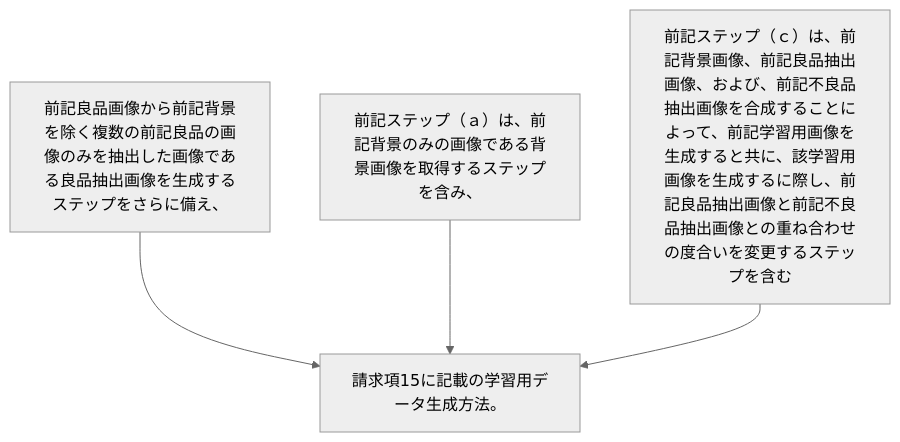
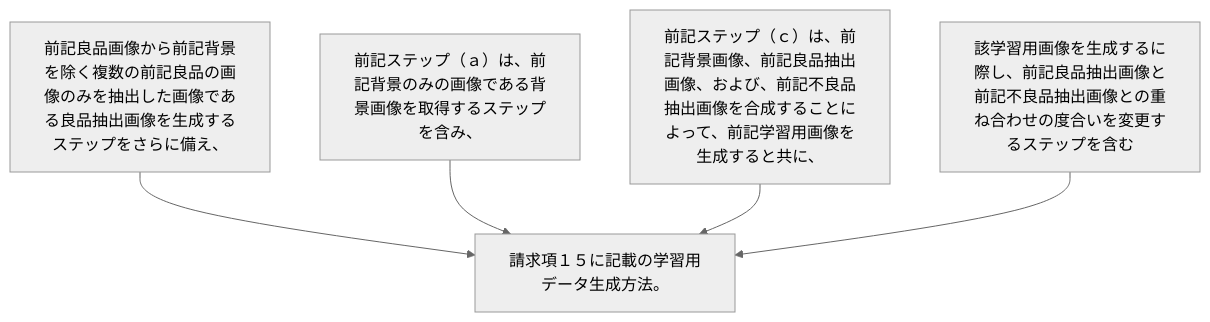
One commit to shinmori55/patent_analyzed changed the diagram in 2024/JP2024000284A/claim_17/README.md. Above: the diagram before and after it, drawn with Mermaid (neutral theme). The commit also changed 19 other files, not shown here.

````diff
--- a/2024/JP2024000284A/claim_17/README.md
+++ b/2024/JP2024000284A/claim_17/README.md
@@ -5,10 +5,12 @@
 ```mermaid
 flowchart TD
 A[前記良品画像から前記背景を除く複数の前記良品の画像のみを抽出した画像である良品抽出画像を生成するステップをさらに備え、]
 B[前記ステップ（ａ）は、前記背景のみの画像である背景画像を取得するステップを含み、]
-C[前記ステップ（ｃ）は、前記背景画像、前記良品抽出画像、および、前記不良品抽出画像を合成することによって、前記学習用画像を生成すると共に、該学習用画像を生成するに際し、前記良品抽出画像と前記不良品抽出画像との重ね合わせの度合いを変更するステップを含む]
-D[請求項15に記載の学習用データ生成方法。]
-A --> D
-B --> D
-C --> D
+C[前記ステップ（ｃ）は、前記背景画像、前記良品抽出画像、および、前記不良品抽出画像を合成することによって、前記学習用画像を生成すると共に、]
+D[該学習用画像を生成するに際し、前記良品抽出画像と前記不良品抽出画像との重ね合わせの度合いを変更するステップを含む]
+E[請求項１５に記載の学習用データ生成方法。]
+A --> E
+B --> E
+C --> E
+D --> E
 ```
````
